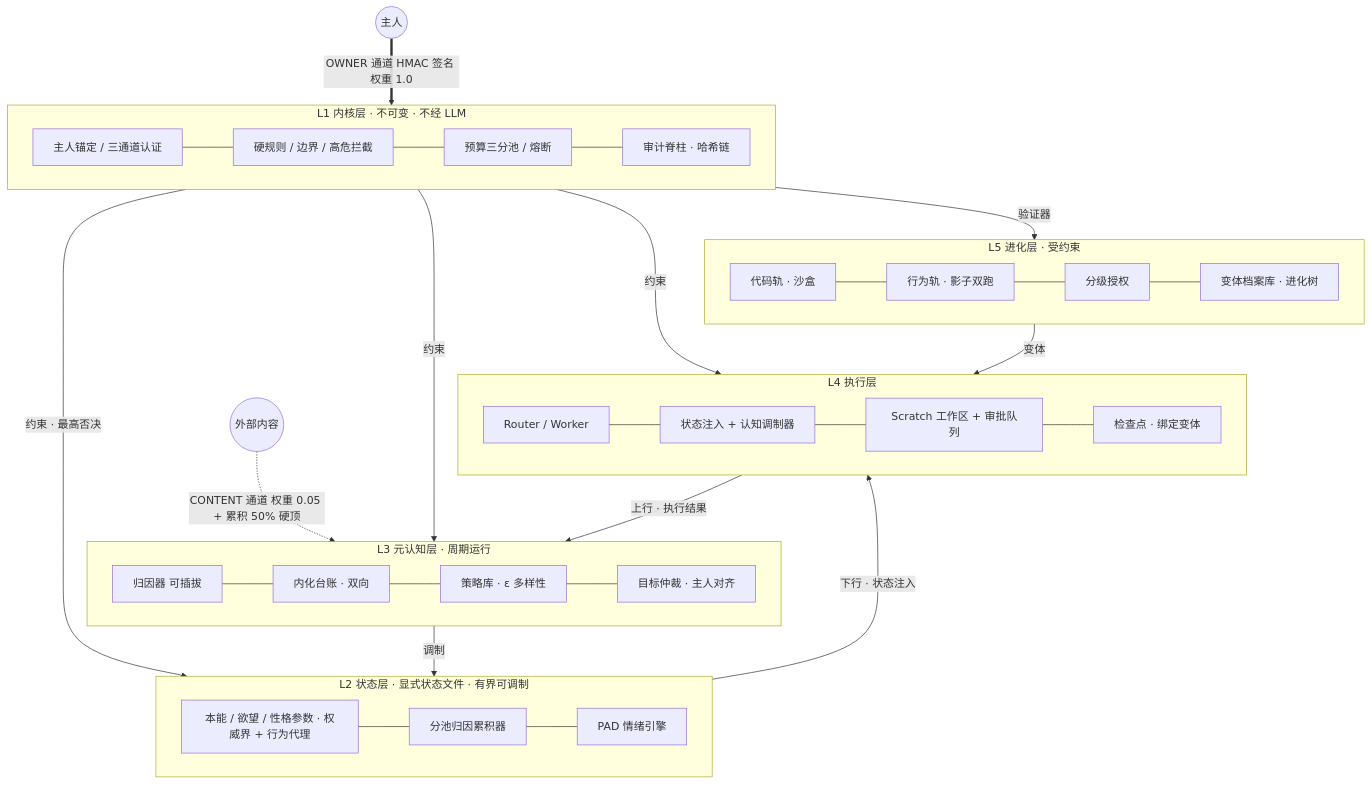
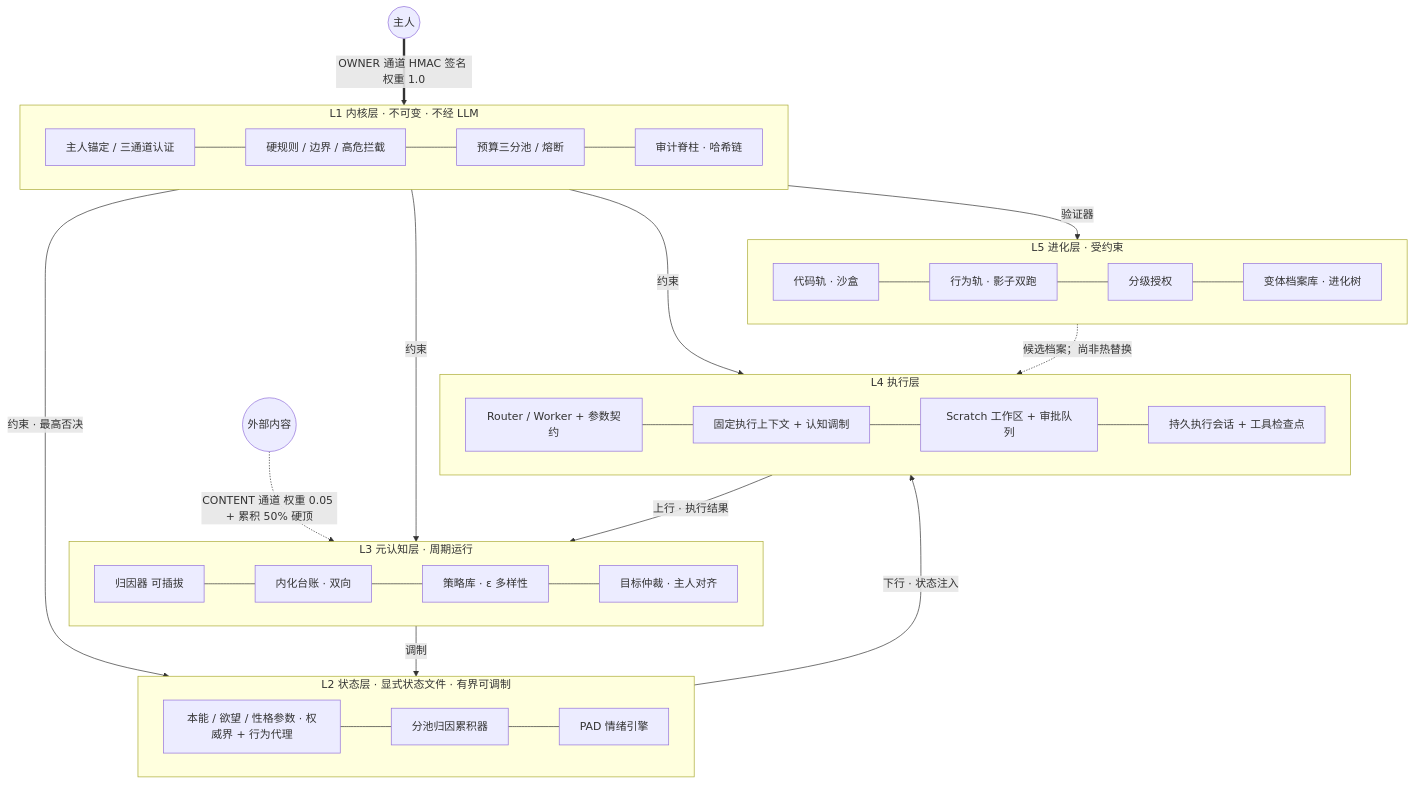
The diagram in README.md (seecrazy/proto-agent), drawn with Mermaid before and after one commit. The commit also changed other lines of this file and 33 other files, not shown here.

````diff
--- a/README.md
+++ b/README.md
@@ -22,30 +22,30 @@
 ```mermaid
 flowchart TB
     OWNER(("主人")) ==>|"OWNER 通道 HMAC 签名 权重 1.0"| L1
     EXT(("外部内容")) -.->|"CONTENT 通道 权重 0.05 + 累积 50% 硬顶"| L3
 
     subgraph L1 ["L1 内核层 · 不可变 · 不经 LLM"]
         anchor["主人锚定 / 三通道认证"] --- rules["硬规则 / 边界 / 高危拦截"] --- budget["预算三分池 / 熔断"] --- audit["审计脊柱 · 哈希链"]
     end
     subgraph L2 ["L2 状态层 · 显式状态文件 · 有界可调制"]
         params["本能 / 欲望 / 性格参数 · 权威界 + 行为代理"] --- accum["分池归因累积器"] --- pad["PAD 情绪引擎"]
     end
     subgraph L3 ["L3 元认知层 · 周期运行"]
         attr["归因器 可插拔"] --- intern["内化台账 · 双向"] --- strat["策略库 · ε 多样性"] --- arb["目标仲裁 · 主人对齐"]
     end
     subgraph L4 ["L4 执行层"]
-        router["Router / Worker"] --- inject["状态注入 + 认知调制器"] --- ws["Scratch 工作区 + 审批队列"] --- cp["检查点 · 绑定变体"]
+        router["Router / Worker + 参数契约"] --- inject["固定执行上下文 + 认知调制"] --- ws["Scratch 工作区 + 审批队列"] --- cp["持久执行会话 + 工具检查点"]
     end
     subgraph L5 ["L5 进化层 · 受约束"]
         code["代码轨 · 沙盒"] --- shadow["行为轨 · 影子双跑"] --- auth["分级授权"] --- arc["变体档案库 · 进化树"]
     end
 
     L1 -->|"约束 · 最高否决"| L2
     L1 -->|"约束"| L3
     L1 -->|"约束"| L4
     L1 -->|"验证器"| L5
     L4 -->|"上行 · 执行结果"| L3
     L3 -->|"调制"| L2
     L2 -->|"下行 · 状态注入"| L4
-    L5 -->|"变体"| L4
+    L5 -.->|"候选档案；尚非热替换"| L4
 ```
````
